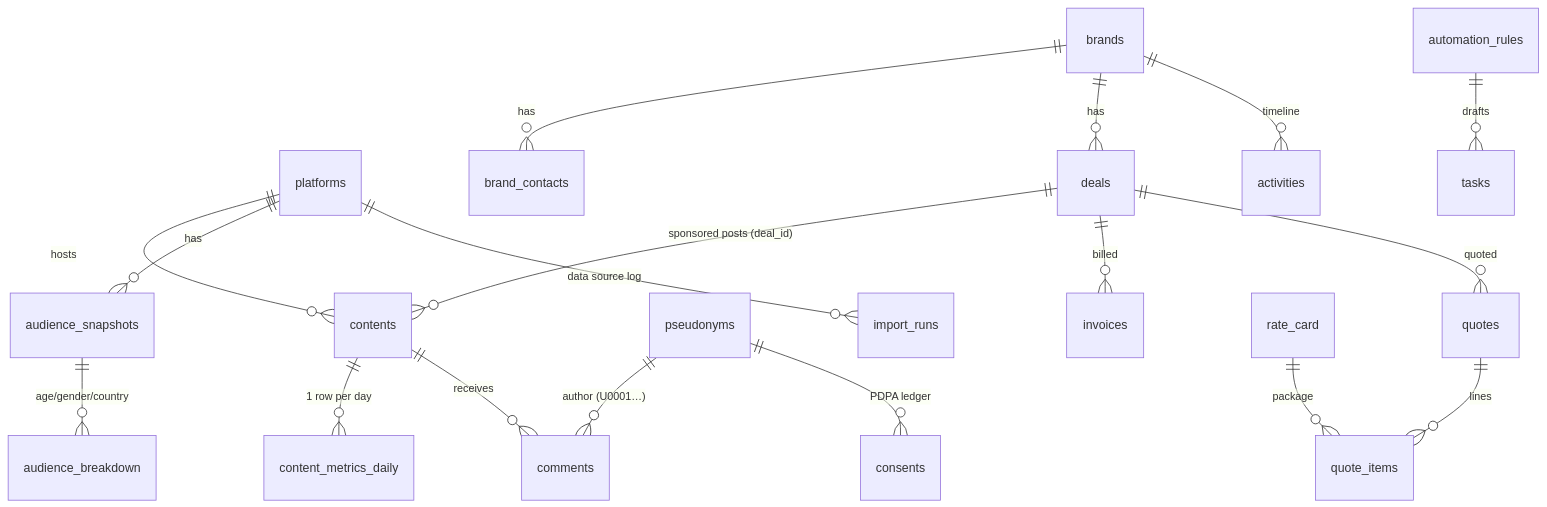
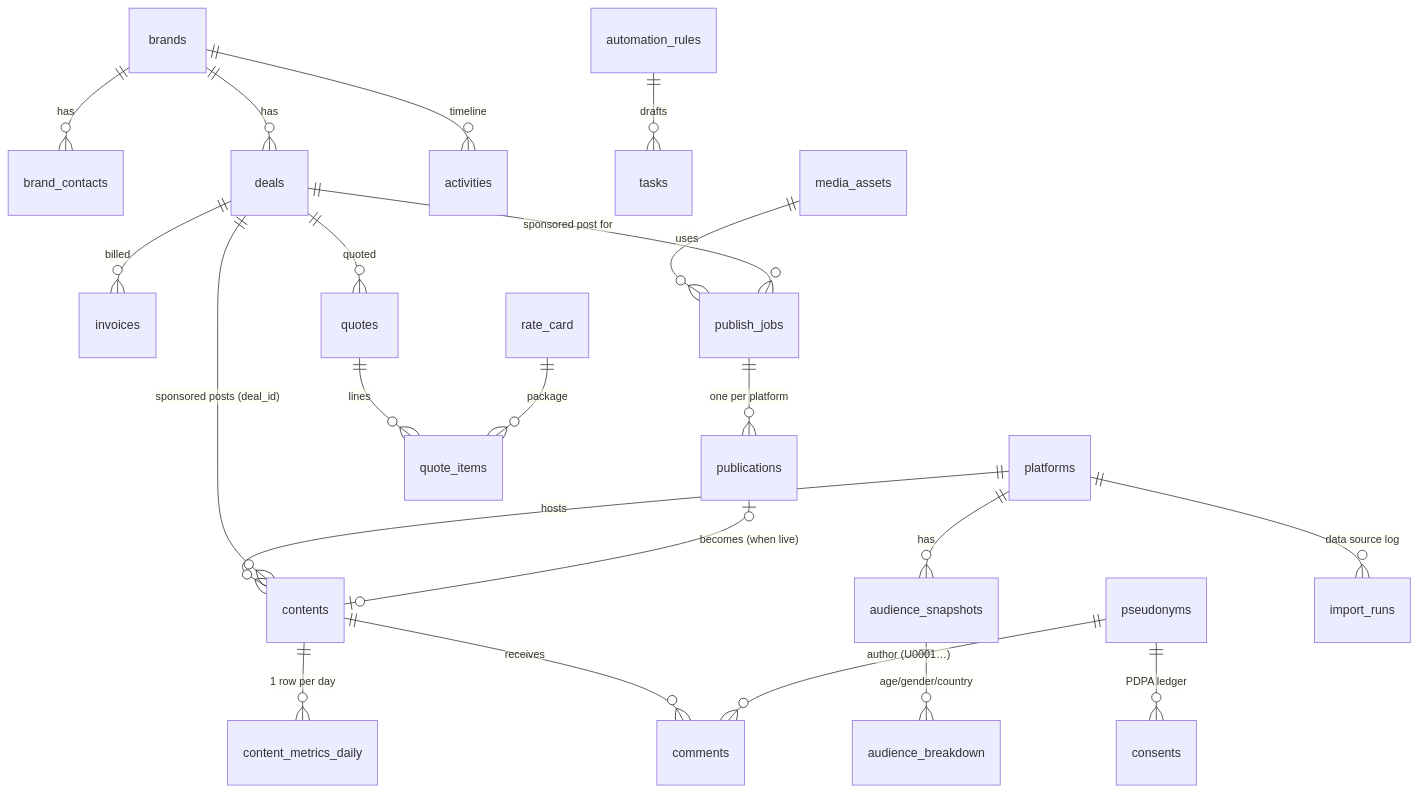
One commit to natdanice/Creator-OS changed the second of 2 diagrams in README.md. Above: the diagram before and after it, drawn with Mermaid. The commit also changed other lines of this file and 55 other files, not shown here.

First line of the commit message:
English UI with TH/EN switch; one-click multi-platform Content Publisher

````diff
--- a/README.md
+++ b/README.md
@@ -82,20 +117,24 @@
 ```mermaid
 erDiagram
   platforms ||--o{ contents : hosts
   platforms ||--o{ audience_snapshots : has
   audience_snapshots ||--o{ audience_breakdown : "age/gender/country"
   contents ||--o{ content_metrics_daily : "1 row per day"
   contents ||--o{ comments : receives
   pseudonyms ||--o{ comments : "author (U0001…)"
   pseudonyms ||--o{ consents : "PDPA ledger"
   brands ||--o{ brand_contacts : has
   brands ||--o{ deals : has
   brands ||--o{ activities : timeline
   deals ||--o{ contents : "sponsored posts (deal_id)"
   deals ||--o{ invoices : billed
   deals ||--o{ quotes : quoted
   quotes ||--o{ quote_items : lines
   rate_card ||--o{ quote_items : package
   automation_rules ||--o{ tasks : drafts
+  media_assets ||--o{ publish_jobs : uses
+  publish_jobs ||--o{ publications : "one per platform"
+  publications |o--o| contents : "becomes (when live)"
+  deals ||--o{ publish_jobs : "sponsored post for"
   platforms ||--o{ import_runs : "data source log"
 ```
````
